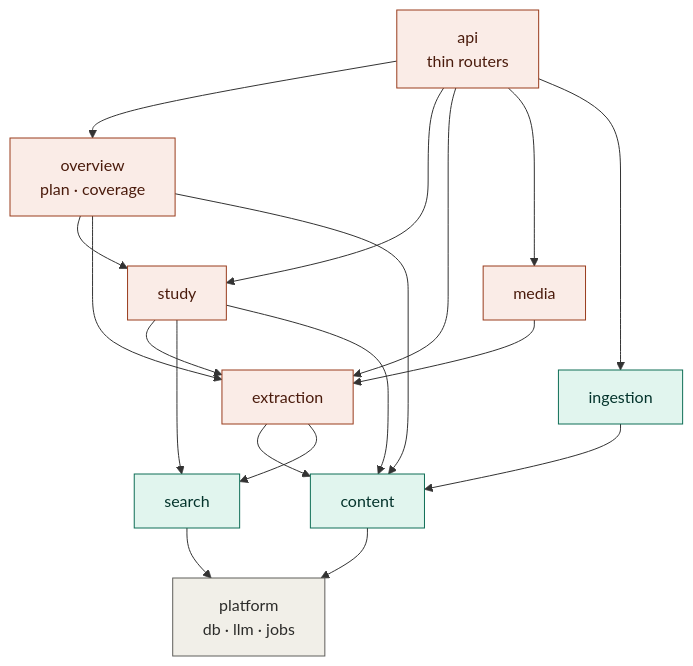
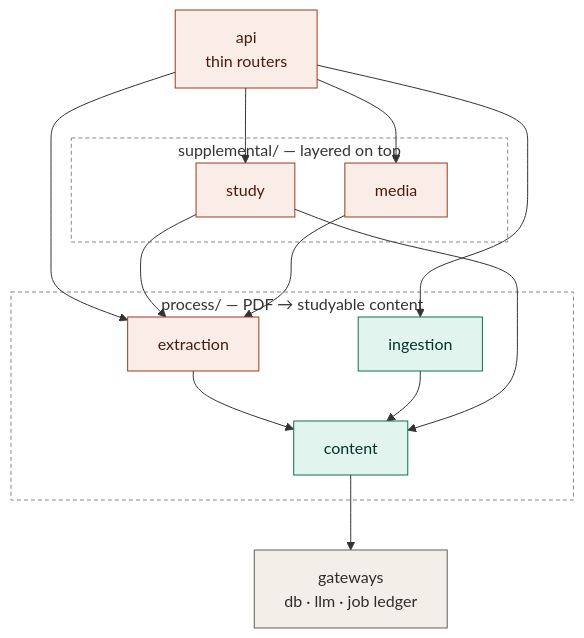
One commit to Aiden-Ferrante/learnhub-core changed the second of 4 diagrams in MAP.md. Above: the diagram before and after it, drawn with Mermaid. The commit also changed other lines of this file and 461 other files, not shown here.

````diff
--- a/MAP.md
+++ b/MAP.md
@@ -76,47 +74,44 @@
 ```mermaid
 flowchart TD
   api["api<br/>thin routers"]
-  overview["overview<br/>plan · coverage"]
-  study["study"]
-  extraction["extraction"]
-  media["media"]
-  content["content"]
-  ingestion["ingestion"]
-  search["search"]
-  platform["platform<br/>db · llm · jobs"]
+  gateways["gateways<br/>db · llm · job ledger"]
 
-  api --> overview
+  subgraph process["process/ — PDF → studyable content"]
+    ingestion["ingestion"]
+    content["content"]
+    extraction["extraction"]
+  end
+
+  subgraph supplemental["supplemental/ — layered on top"]
+    study["study"]
+    media["media"]
+  end
+
   api --> study
   api --> extraction
   api --> media
   api --> ingestion
-  overview --> study
-  overview --> extraction
   study --> extraction
-  study --> search
   extraction --> content
-  extraction --> search
   media --> extraction
   ingestion --> content
-  content --> platform
-  search --> platform
+  content --> gateways
   study --> content
-  overview --> content
 
   classDef floor fill:#F1EFE8,stroke:#5F5E5A,color:#2C2C2A;
   classDef data fill:#E1F5EE,stroke:#0F6E56,color:#04342C;
   classDef behavior fill:#FAECE7,stroke:#993C1D,color:#4A1B0C;
-  class platform floor;
-  class content,ingestion,search data;
-  class api,overview,study,extraction,media behavior;
+  class gateways floor;
+  class content,ingestion data;
+  class api,study,extraction,media behavior;
+  style process fill:none,stroke:#888780,stroke-dasharray:4 3;
+  style supplemental fill:none,stroke:#888780,stroke-dasharray:4 3;
 
   click api "https://github.com/Aiden-Ferrante/learnhub/tree/main/backend/app/api"
-  click overview "https://github.com/Aiden-Ferrante/learnhub/tree/main/backend/app/overview"
-  click study "https://github.com/Aiden-Ferrante/learnhub/tree/main/backend/app/study"
-  click extraction "https://github.com/Aiden-Ferrante/learnhub/tree/main/backend/app/extraction"
-  click media "https://github.com/Aiden-Ferrante/learnhub/tree/main/backend/app/media"
-  click content "https://github.com/Aiden-Ferrante/learnhub/tree/main/backend/app/content"
-  click ingestion "https://github.com/Aiden-Ferrante/learnhub/tree/main/backend/app/ingestion"
-  click search "https://github.com/Aiden-Ferrante/learnhub/tree/main/backend/app/search"
-  click platform "https://github.com/Aiden-Ferrante/learnhub/tree/main/backend/app/platform"
+  click study "https://github.com/Aiden-Ferrante/learnhub/tree/main/backend/app/supplemental/study"
+  click extraction "https://github.com/Aiden-Ferrante/learnhub/tree/main/backend/app/process/extraction"
+  click media "https://github.com/Aiden-Ferrante/learnhub/tree/main/backend/app/supplemental/media"
+  click content "https://github.com/Aiden-Ferrante/learnhub/tree/main/backend/app/process/content"
+  click ingestion "https://github.com/Aiden-Ferrante/learnhub/tree/main/backend/app/process/ingestion"
+  click gateways "https://github.com/Aiden-Ferrante/learnhub/tree/main/backend/app/gateways"
 ```
````
